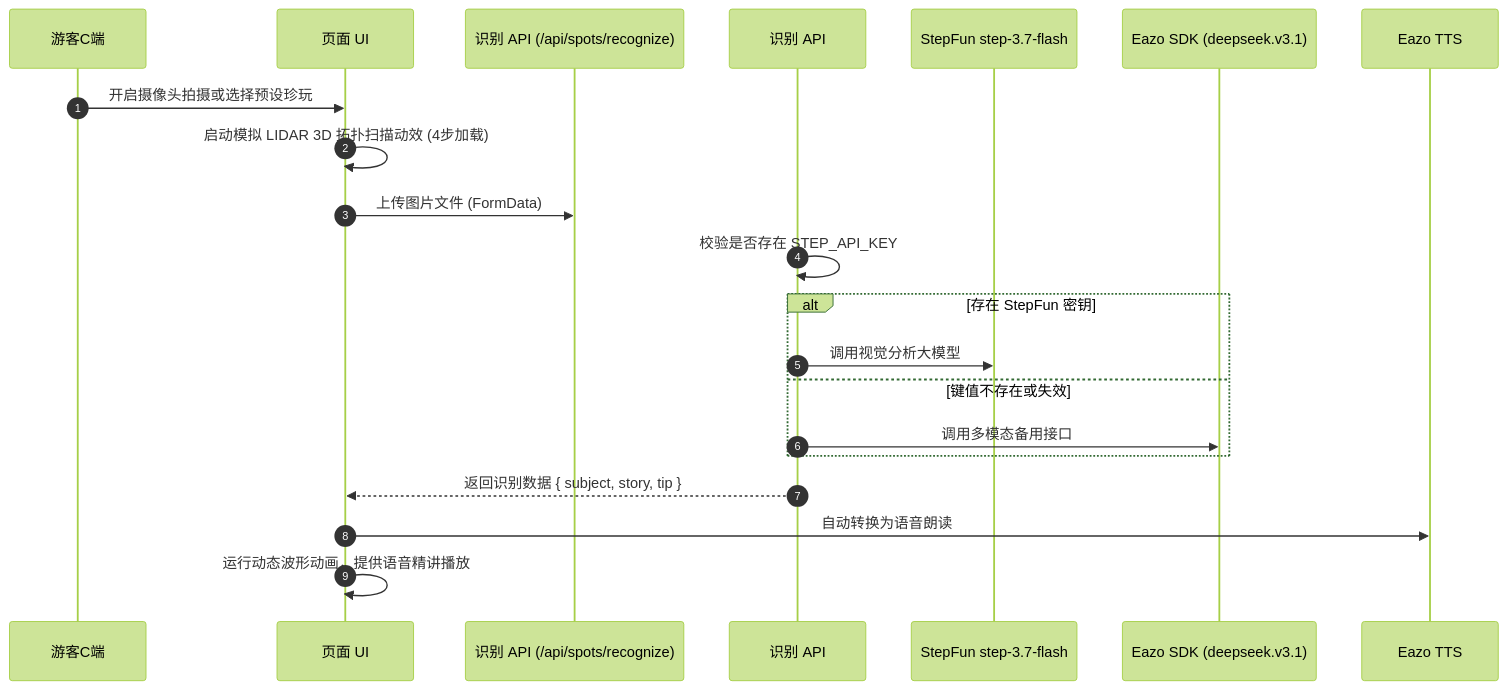
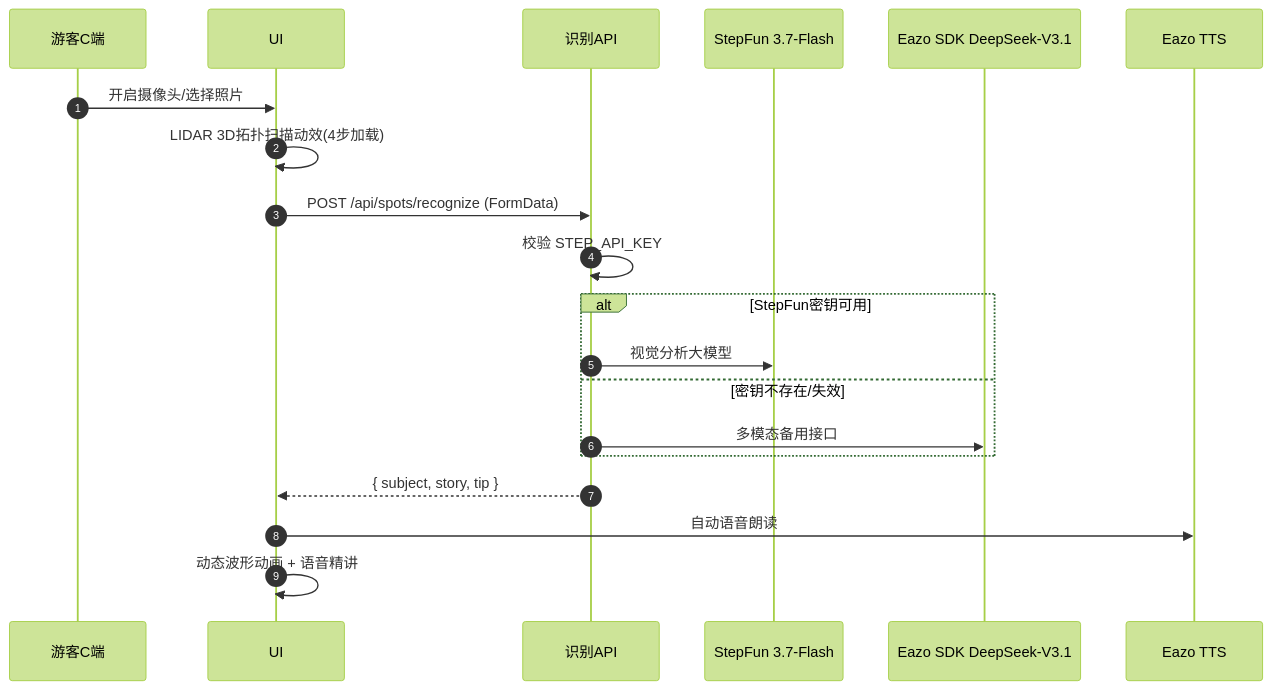
One commit to wyxpro/AI-guide changed the second of 2 diagrams in README.md. Above: the diagram before and after it, drawn with Mermaid (forest theme). The commit also changed other lines of this file and 1 other file, not shown here.

````diff
--- a/README.md
+++ b/README.md
@@ -147,16 +228,16 @@
 ```mermaid
 sequenceDiagram
     autonumber
-    游客C端->>页面 UI: 开启摄像头拍摄或选择预设珍玩
-    页面 UI->>页面 UI: 启动模拟 LIDAR 3D 拓扑扫描动效 (4步加载)
-    页面 UI->>识别 API (/api/spots/recognize): 上传图片文件 (FormData)
-    识别 API->>识别 API: 校验是否存在 STEP_API_KEY
-    alt 存在 StepFun 密钥
-        识别 API->>StepFun step-3.7-flash: 调用视觉分析大模型
-    else 键值不存在或失效
-        识别 API->>Eazo SDK (deepseek.v3.1): 调用多模态备用接口
+    游客C端->>UI: 开启摄像头/选择照片
+    UI->>UI: LIDAR 3D拓扑扫描动效(4步加载)
+    UI->>识别API: POST /api/spots/recognize (FormData)
+    识别API->>识别API: 校验 STEP_API_KEY
+    alt StepFun密钥可用
+        识别API->>StepFun 3.7-Flash: 视觉分析大模型
+    else 密钥不存在/失效
+        识别API->>Eazo SDK DeepSeek-V3.1: 多模态备用接口
     end
-    识别 API-->>页面 UI: 返回识别数据 { subject, story, tip }
-    页面 UI->>Eazo TTS: 自动转换为语音朗读
-    页面 UI->>页面 UI: 运行动态波形动画，提供语音精讲播放
+    识别API-->>UI: { subject, story, tip }
+    UI->>Eazo TTS: 自动语音朗读
+    UI->>UI: 动态波形动画 + 语音精讲
 ```
````
